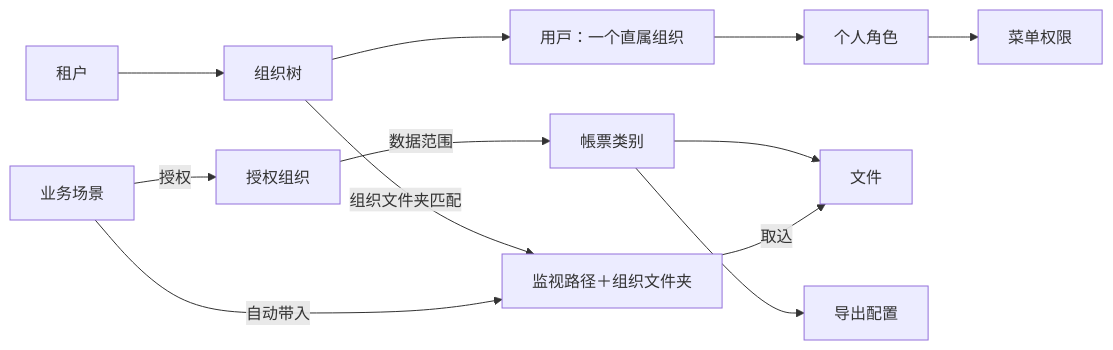
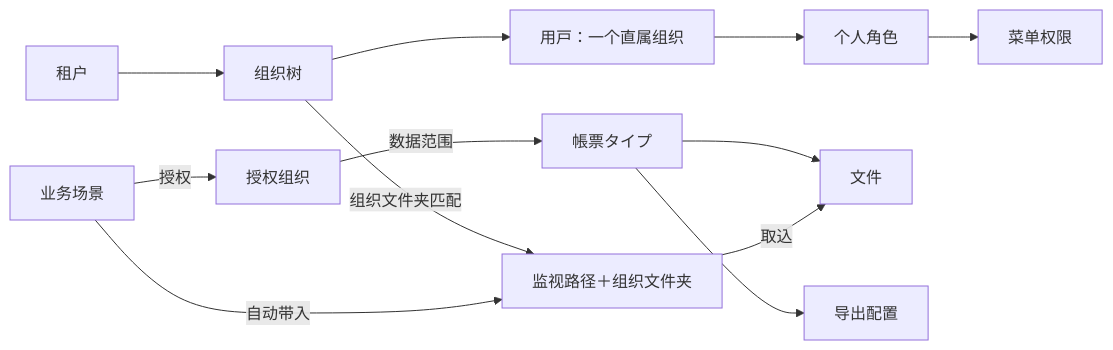
Before and after one commit to aruirage/Densan-Demo: the first of 3 diagrams in demo/PRD.zh-CN.md, drawn with Mermaid. The commit also changed other lines of this file and 5 other files, not shown here.

````diff
--- a/demo/PRD.zh-CN.md
+++ b/demo/PRD.zh-CN.md
@@ -38,14 +38,14 @@
 ```mermaid
 flowchart LR
   T[租户] --> O[组织树]
   O --> U[用户：一个直属组织]
   U --> R[个人角色]
   R --> M[菜单权限]
   S[业务场景] -->|授权| A[授权组织]
-  A -->|数据范围| C[帳票类别]
+  A -->|数据范围| C[帳票タイプ]
   C --> F[文件]
   C --> E[导出配置]
   O -->|组织文件夹匹配| W[监视路径＋组织文件夹]
   S -->|自动带入| W
   W -->|取込| F
 ```
````
